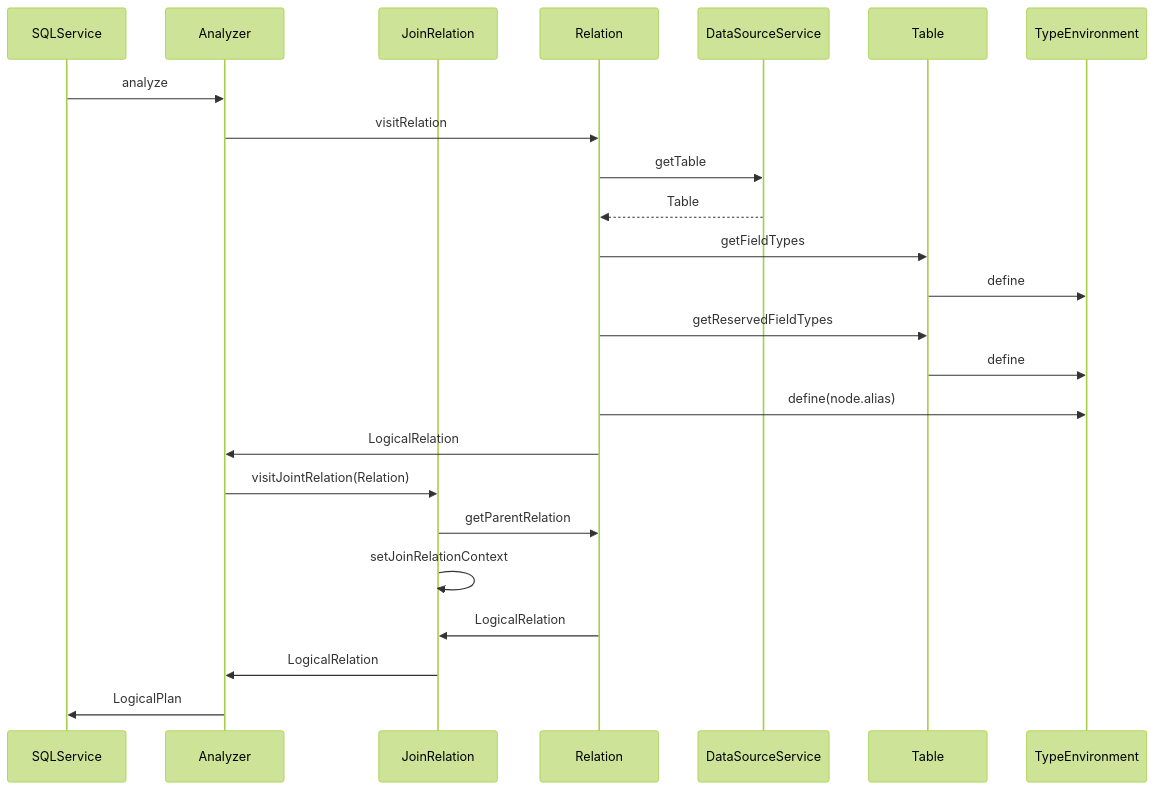
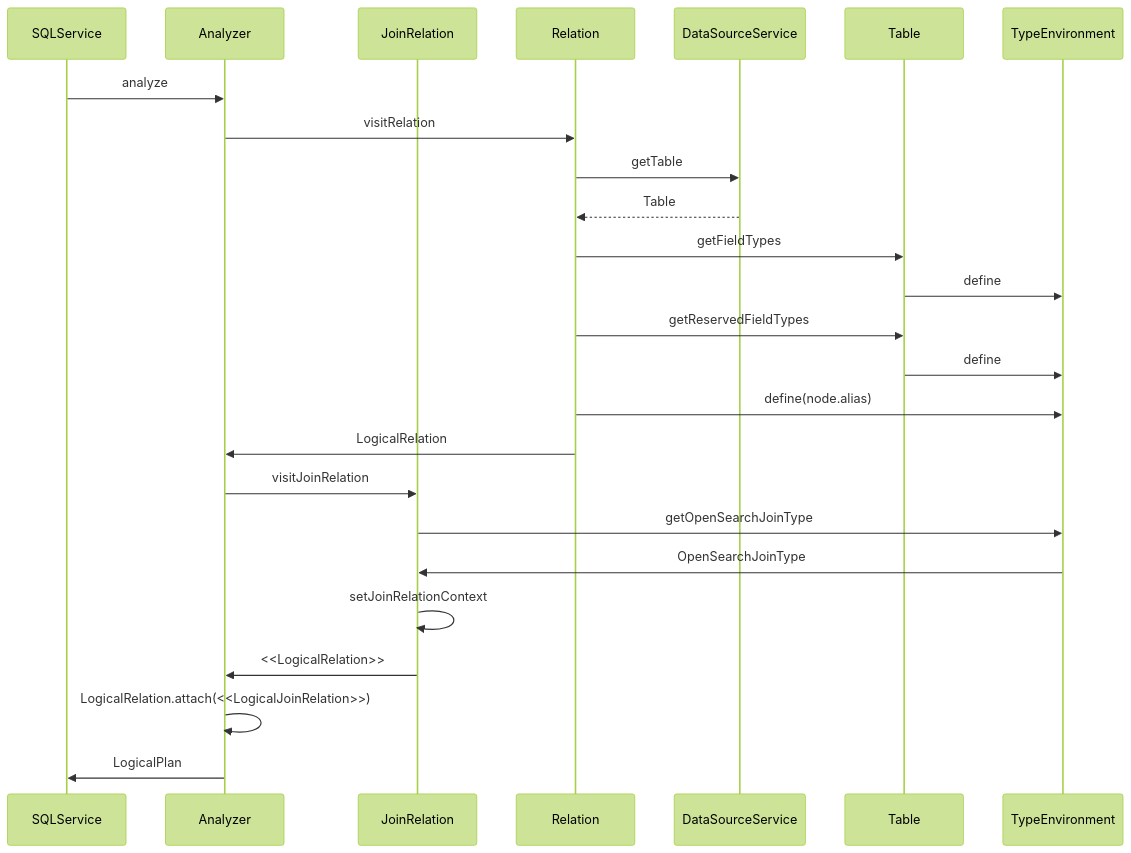
Before and after one commit to Bit-Quill/opensearch-project-sql: the third of 9 diagrams in docs/dev/opensearch-same-table-join-query.md, drawn with Mermaid (forest theme). The commit also changed other lines of this file, not shown here.

Commit message:
Update opensearch-same-table-join-query.md for first-pass review

````diff
--- a/docs/dev/opensearch-same-table-join-query.md
+++ b/docs/dev/opensearch-same-table-join-query.md
@@ -942,27 +949,28 @@
 ```mermaid
 sequenceDiagram
     participant SQLService
     participant Analyzer
     participant JoinRelation
     participant Relation
     participant DataSourceService
     participant Table
     participant TypeEnvironment
 
     SQLService->>Analyzer: analyze
     Analyzer->>Relation: visitRelation
     Relation->>DataSourceService: getTable
     DataSourceService-->>Relation: Table
     Relation->>Table: getFieldTypes
     Table->>TypeEnvironment: define
     Relation->>Table: getReservedFieldTypes
     Table->>TypeEnvironment: define
     Relation->>TypeEnvironment: define(node.alias)
     Relation->>Analyzer: LogicalRelation
-    Analyzer->>JoinRelation: visitJointRelation(Relation)
-    JoinRelation->>Relation: getParentRelation
+    Analyzer->>JoinRelation: visitJoinRelation
+    JoinRelation->>TypeEnvironment: getOpenSearchJoinType
+    TypeEnvironment->>JoinRelation: OpenSearchJoinType
     JoinRelation->>JoinRelation: setJoinRelationContext
-    Relation->>JoinRelation: LogicalRelation
-    JoinRelation->>Analyzer: LogicalRelation
+    JoinRelation->>Analyzer: <<LogicalRelation>>
+    Analyzer->>Analyzer: LogicalRelation.attach(<<LogicalJoinRelation>>)
     Analyzer->>SQLService: LogicalPlan
 ```
````
